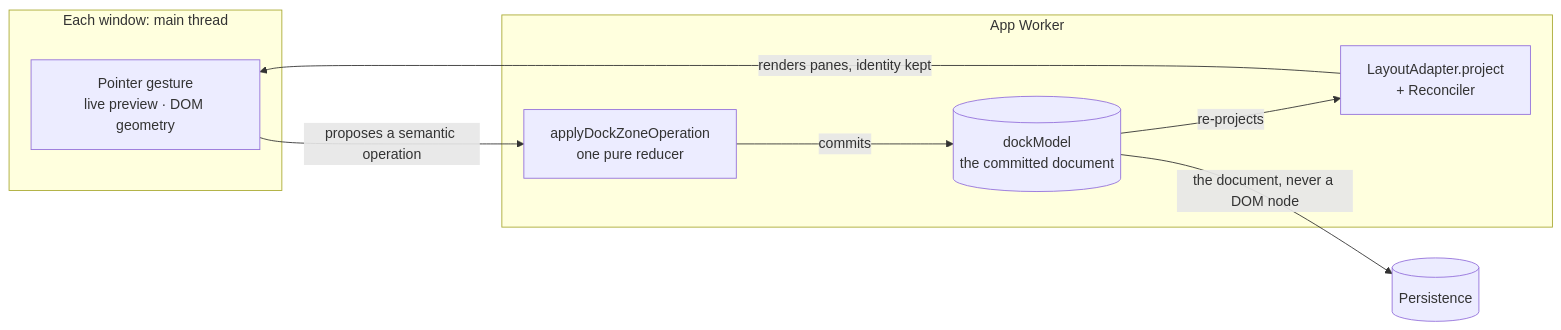
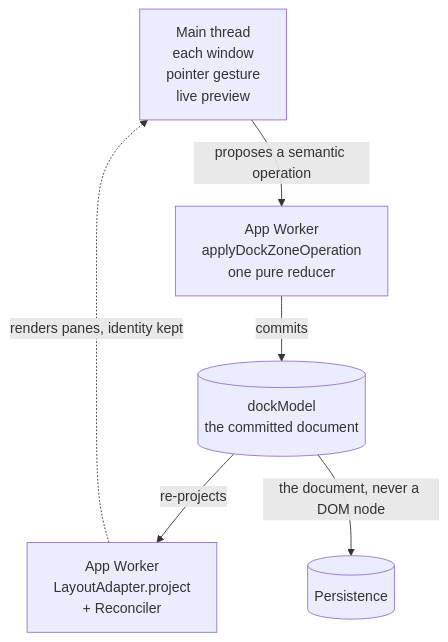
Before and after one commit to neomjs/neo: the diagram in resources/content/release-notes/v13.2.0.md, drawn with Mermaid.

Commit message:
docs(release): the dock diagram reads top-down at full size in the portal (#19183)
The LR draft rendered 1378px wide, so the portal's content column would scale it down, the #14554 failure. The TD flowchart renders at 485x848 and scale 1 in the portal at 1440 and 1024px viewports, in story order.

````diff
--- a/resources/content/release-notes/v13.2.0.md
+++ b/resources/content/release-notes/v13.2.0.md
@@ -31,17 +31,13 @@
 ```mermaid
-flowchart LR
-    subgraph win ["Each window: main thread"]
-        gesture["Pointer gesture<br/>live preview · DOM geometry"]
-    end
-    subgraph app ["App Worker"]
-        reducer["applyDockZoneOperation<br/>one pure reducer"]
-        doc[("dockModel<br/>the committed document")]
-        project["LayoutAdapter.project<br/>+ Reconciler"]
-    end
+flowchart TD
+    gesture["Main thread<br/>each window<br/>pointer gesture<br/>live preview"]
+    reducer["App Worker<br/>applyDockZoneOperation<br/>one pure reducer"]
+    doc[("dockModel<br/>the committed document")]
+    project["App Worker<br/>LayoutAdapter.project<br/>+ Reconciler"]
     store[("Persistence")]
     gesture -- "proposes a semantic operation" --> reducer
     reducer -- "commits" --> doc
     doc -- "re-projects" --> project
-    project -- "renders panes, identity kept" --> gesture
+    project -. "renders panes, identity kept" .-> gesture
     doc -- "the document, never a DOM node" --> store
 ```
````
